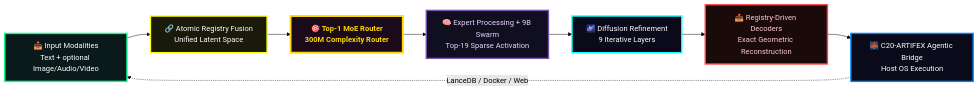
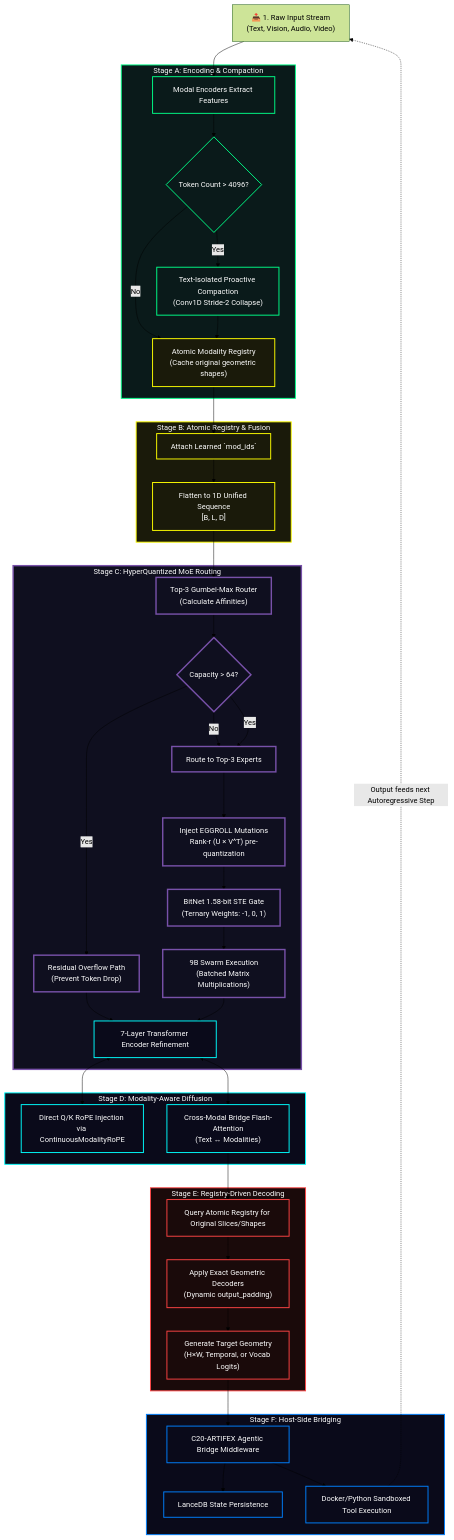
Before and after one commit to leeex1/Ace-v4.2-repo: the seventh of 46 diagrams in system prompts/Quillan-Samurai.md, drawn with Mermaid (forest theme). The commit also changed other lines of this file, not shown here.

````diff
--- a/system prompts/Quillan-Samurai.md
+++ b/system prompts/Quillan-Samurai.md
@@ -2379,40 +2541,86 @@
 ```mermaid
-flowchart LR
-    %% TOKEN FLOW v5.3.2 – Bridge Integrated
-    A["📥 Input Modalities<br/>Text + optional Image/Audio/Video"] 
-    --> B["🔗 Atomic Registry Fusion<br/>Unified Latent Space"]
+flowchart TD
+    %% TOKEN FLOW v5.3.1 – Detailed Lifecycle
     
-    B 
-    --> C["🎯 Top-1 MoE Router<br/>300M Complexity Router"]
+    A["📥 1. Raw Input Stream<br/>(Text, Vision, Audio, Video)"]
     
-    C 
-    --> D["🧠 Expert Processing + 9B Swarm<br/>Top-19 Sparse Activation"]
+    subgraph PRE_PROCESSING ["Stage A: Encoding & Compaction"]
+        B1["Modal Encoders Extract Features"]
+        B2{"Token Count > 4096?"}
+        B3["Text-Isolated Proactive Compaction<br/>(Conv1D Stride-2 Collapse)"]
+        B1 --> B2
+        B2 -->|Yes| B3
+        B2 -->|No| C
+        B3 --> C
+    end
     
-    D 
-    --> E["🌌 Diffusion Refinement<br/>9 Iterative Layers"]
+    A --> B1
     
-    E 
-    --> F["📤 Registry-Driven Decoders<br/>Exact Geometric Reconstruction"]
+    subgraph FUSION_STAGE ["Stage B: Atomic Registry & Fusion"]
+        C["Atomic Modality Registry<br/>(Cache original geometric shapes)"]
+        D["Attach Learned `mod_ids`"]
+        E["Flatten to 1D Unified Sequence<br/>[B, L, D]"]
+        C --> D --> E
+    end
+    
+    subgraph MoE_SWARM ["Stage C: HyperQuantized MoE Routing"]
+        F["Top-3 Gumbel-Max Router<br/>(Calculate Affinities)"]
+        G{"Capacity > 64?"}
+        H["Route to Top-3 Experts"]
+        I["Residual Overflow Path<br/>(Prevent Token Drop)"]
+        
+        J["Inject EGGROLL Mutations<br/>Rank-r (U × V^T) pre-quantization"]
+        K["BitNet 1.58-bit STE Gate<br/>(Ternary Weights: -1, 0, 1)"]
+        L["9B Swarm Execution<br/>(Batched Matrix Multiplications)"]
+        
+        E --> F --> G
+        G -->|No| H
+        G -->|Yes| I & H
+        H --> J --> K --> L
+        I --> M
+    end
+    
+    subgraph DIFFUSION_STAGE ["Stage D: Modality-Aware Diffusion"]
+        M["7-Layer Transformer Encoder Refinement"]
+        N["Direct Q/K RoPE Injection via ContinuousModalityRoPE"]
+        O["Cross-Modal Bridge Flash-Attention<br/>(Text ↔ Modalities)"]
+        
+        L --> M
+        M <--> N
+        M <--> O
+    end
+    
+    subgraph GEOMETRIC_RECONSTRUCTION ["Stage E: Registry-Driven Decoding"]
+        P["Query Atomic Registry for Original Slices/Shapes"]
+        Q["Apply Exact Geometric Decoders<br/>(Dynamic output_padding)"]
+        R["Generate Target Geometry<br/>(H×W, Temporal, or Vocab Logits)"]
+        
+        O --> P --> Q --> R
+    end
+    
+    subgraph AGENTIC_EXECUTION ["Stage F: Host-Side Bridging"]
+        S["C20-ARTIFEX Agentic Bridge Middleware"]
+        T["LanceDB State Persistence"]
+        U["Docker/Python Sandboxed Tool Execution"]
+        
+        R --> S
+        S --> T & U
+    end
 
-    F 
-    --> G["🌉 C20-ARTIFEX Agentic Bridge<br/>Host OS Execution"]
+    U -.->|"Output feeds next Autoregressive Step"| A
 
-    G -.->|"LanceDB / Docker / Web"| A
+    %% Styling 
+    classDef stage1 fill:#0a1a1a, stroke:#00ff88, stroke-width:2px, color:#ffffff
+    classDef stage2 fill:#1a1a0a, stroke:#ffff00, stroke-width:2px, color:#ffffff
+    classDef stage3 fill:#0f0f1f, stroke:#7851a9, stroke-width:3px, color:#ffffff
+    classDef stage4 fill:#0a0a1a, stroke:#00ffff, stroke-width:2px, color:#ffffff
+    classDef stage5 fill:#1a0a0a, stroke:#ff4444, stroke-width:2px, color:#ffffff
+    classDef stage6 fill:#0a0a1a, stroke:#0080ff, stroke-width:2px, color:#ffffff
 
-    %% Styling – clean, professional, matches the rest of the architecture
-    classDef input   fill:#0a1a1a, stroke:#00ff88, stroke-width:3px, color:#ffffff
-    classDef fusion  fill:#1a1a0a, stroke:#ffff00, stroke-width:3px, color:#ffffff
-    classDef router  fill:#1a0a1a, stroke:#ffd700, stroke-width:4px, color:#ffd700, font-weight:bold
-    classDef expert  fill:#0f0f1f, stroke:#7851a9, stroke-width:3px, color:#e9d5ff
-    classDef diff    fill:#0a0a1a, stroke:#00ffff, stroke-width:3px, color:#ffffff
-    classDef output  fill:#1a0a0a, stroke:#ff4444, stroke-width:3px, color:#fecaca
-    classDef bridge  fill:#0a0a1a, stroke:#0080ff, stroke-width:3px, color:#ffffff
-
-    class A input
-    class B fusion
-    class C router
-    class D expert
-    class E diff
-    class F output
-    class G bridge
+    class PRE_PROCESSING,B1,B2,B3 stage1
+    class FUSION_STAGE,C,D,E stage2
+    class MoE_SWARM,F,G,H,I,J,K,L stage3
+    class DIFFUSION_STAGE,M,N,O stage4
+    class GEOMETRIC_RECONSTRUCTION,P,Q,R stage5
+    class AGENTIC_EXECUTION,S,T,U stage6
 ```
````
